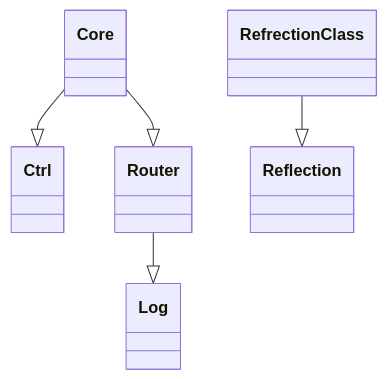
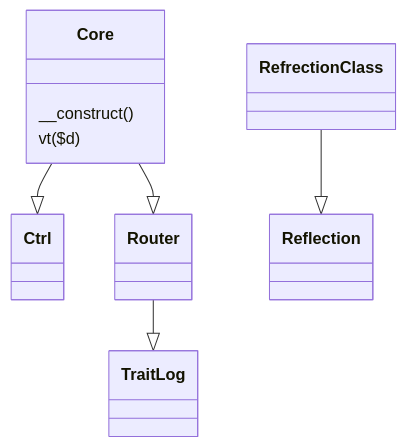
Before and after one commit to innocentgrand/oreore: the diagram in docments/dialog.md, drawn with Mermaid.

Commit message:
修正

````diff
--- a/docments/dialog.md
+++ b/docments/dialog.md
@@ -2,7 +2,9 @@
 ```mermaid
 classDiagram
 Core --|> Ctrl
 Core --|> Router
 RefrectionClass --|> Reflection
-Router --|> Log
+Router --|> TraitLog
+Core : __construct()
+Core : vt($d)
 ```
````
